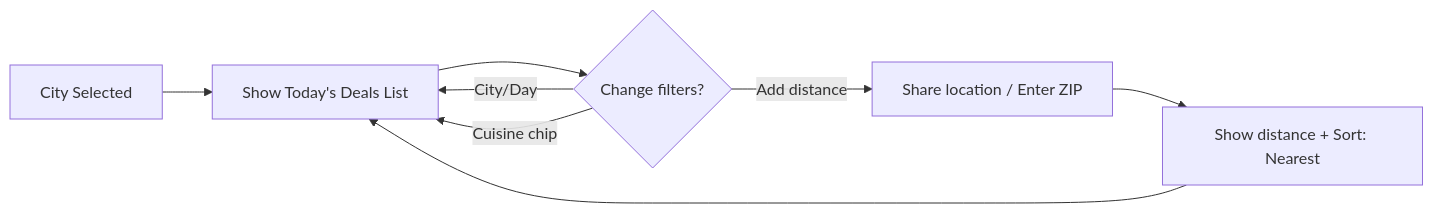
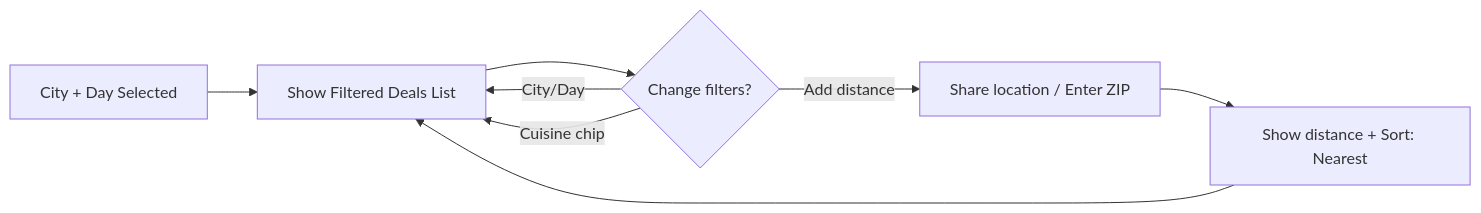
One commit to hashimwarren/budgettraid changed the second of 5 diagrams in .github/copilot-instructions.md. Above: the diagram before and after it, drawn with Mermaid. The commit also changed other lines of this file, not shown here.

````diff
--- a/.github/copilot-instructions.md
+++ b/.github/copilot-instructions.md
@@ -58,10 +64,10 @@
 ```mermaid
 flowchart LR
-  A[City Selected] --> B[Show Today's Deals List]
+  A[City + Day Selected] --> B[Show Filtered Deals List]
   B --> C{Change filters?}
   C -- City/Day --> B
   C -- Cuisine chip --> B
   C -- Add distance --> D[Share location / Enter ZIP]
   D --> E[Show distance + Sort: Nearest]
   E --> B
 ```
````
